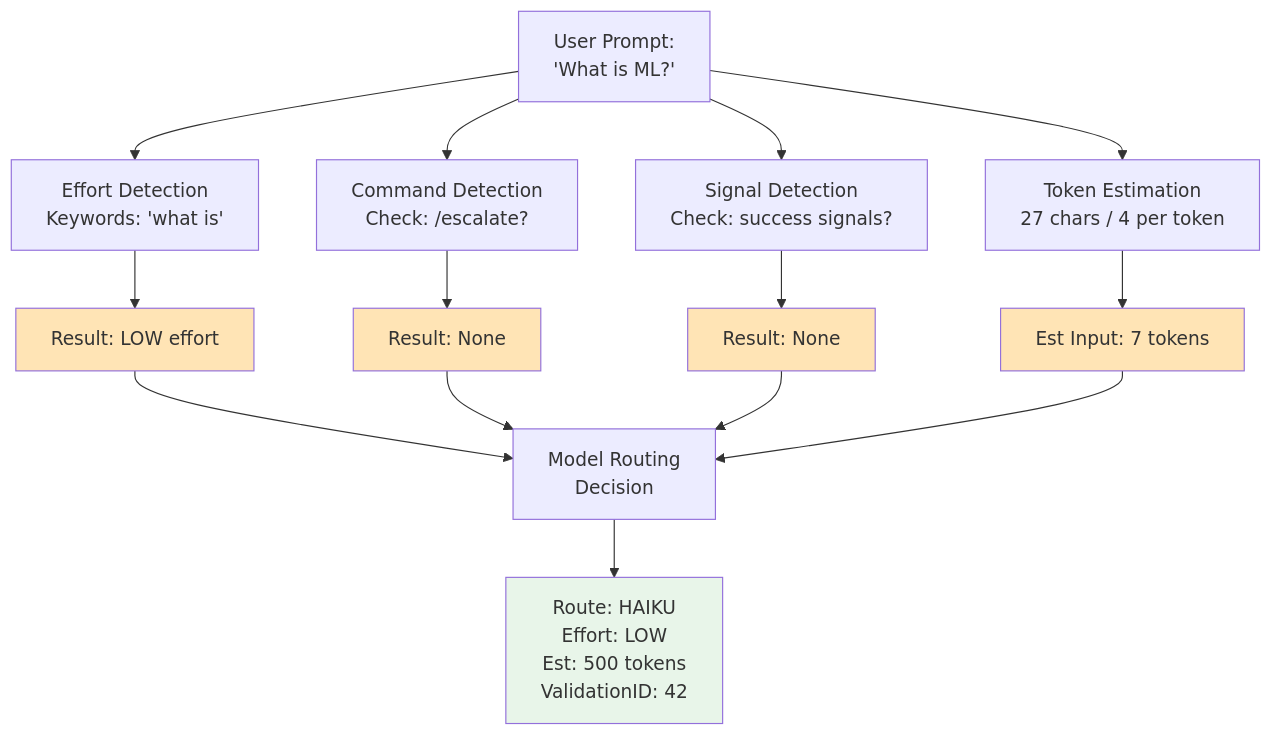
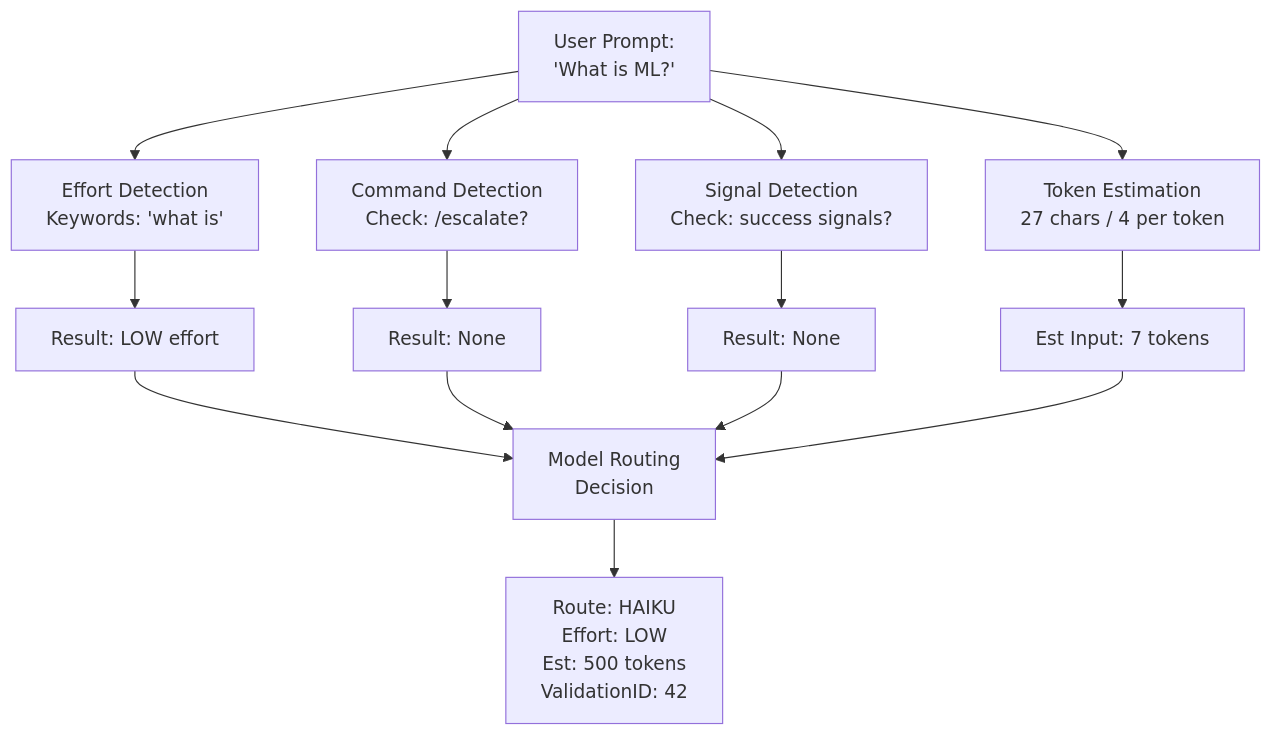
Diagram 11 of 12 in ARCHITECTURE_DIAGRAMS.md (szibis/LLMSentinel), drawn with Mermaid before and after one commit. The commit also changed other lines of this file and 60 other files, not shown here.

````diff
--- a/ARCHITECTURE_DIAGRAMS.md
+++ b/ARCHITECTURE_DIAGRAMS.md
@@ -315,29 +295,24 @@
 ```mermaid
+%%{init: { 'theme': 'auto' } }%%
 graph TB
     Prompt["User Prompt:<br/>'What is ML?'"]
     
     Prompt --> P1["Effort Detection<br/>Keywords: 'what is'"]
     P1 --> P1A["Result: LOW effort"]
     
     Prompt --> P2["Command Detection<br/>Check: /escalate?"]
     P2 --> P2A["Result: None"]
     
     Prompt --> P3["Signal Detection<br/>Check: success signals?"]
     P3 --> P3A["Result: None"]
     
     Prompt --> P4["Token Estimation<br/>27 chars / 4 per token"]
     P4 --> P4A["Est Input: 7 tokens"]
     
     P1A --> Decision["Model Routing<br/>Decision"]
     P2A --> Decision
     P3A --> Decision
     P4A --> Decision
     
     Decision --> Output["Route: HAIKU<br/>Effort: LOW<br/>Est: 500 tokens<br/>ValidationID: 42"]
-    
-    style P1A fill:#FFE4B5
-    style P2A fill:#FFE4B5
-    style P3A fill:#FFE4B5
-    style P4A fill:#FFE4B5
-    style Output fill:#E8F5E9
 ```
````
